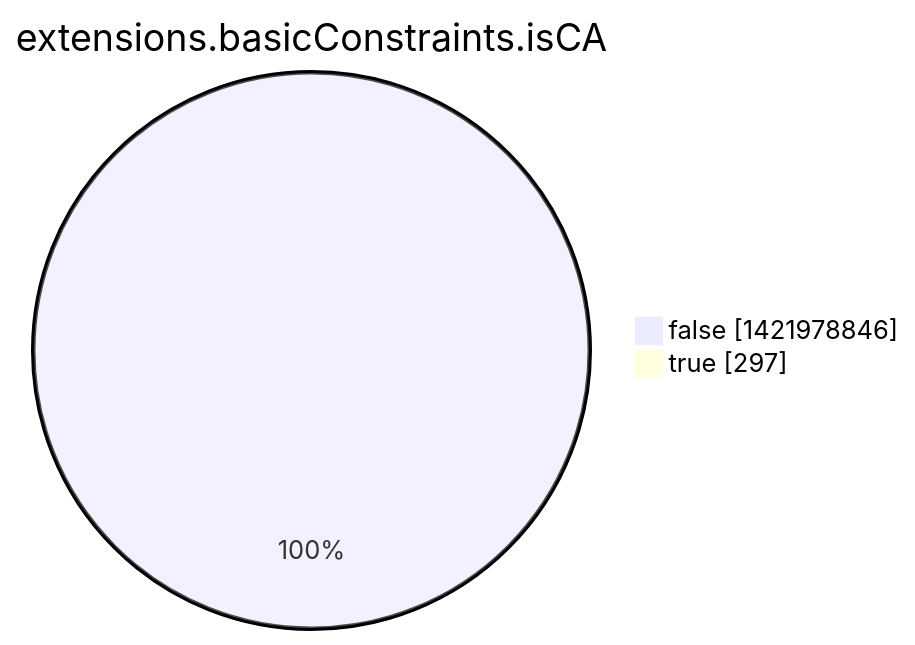
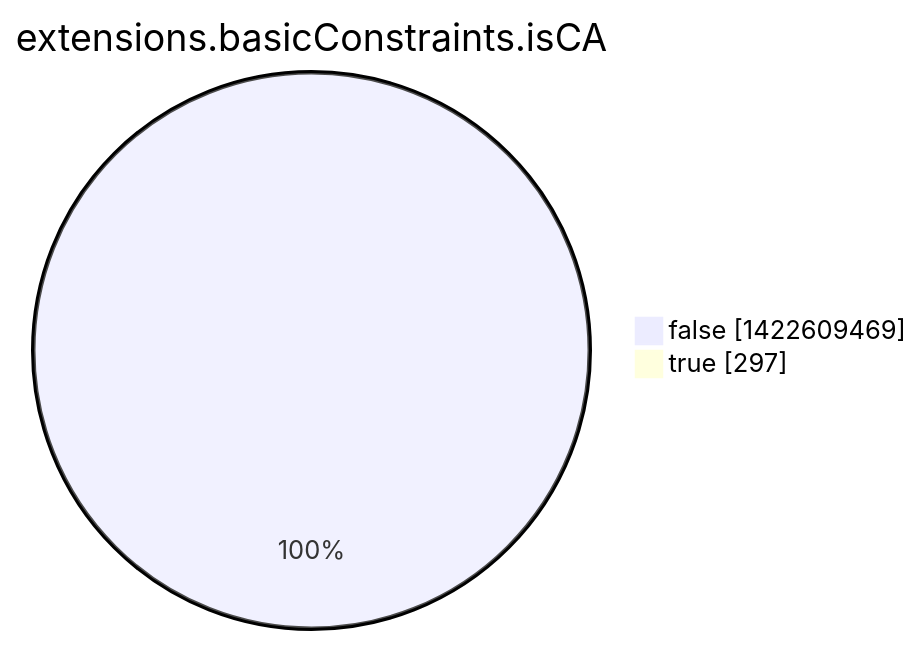
Before and after one commit to christiankrug/ctmonitor_visualization: the eighth of 15 diagrams in argon2022/README.md, drawn with Mermaid. The commit also changed other lines of this file, not shown here.

````diff
--- a/argon2022/README.md
+++ b/argon2022/README.md
@@ -2760,6 +2760,6 @@
 ```mermaid
 pie showData
 title extensions.basicConstraints.isCA
-"false" :1421978846
+"false" :1422609469
 "true" :297
 ```
````
